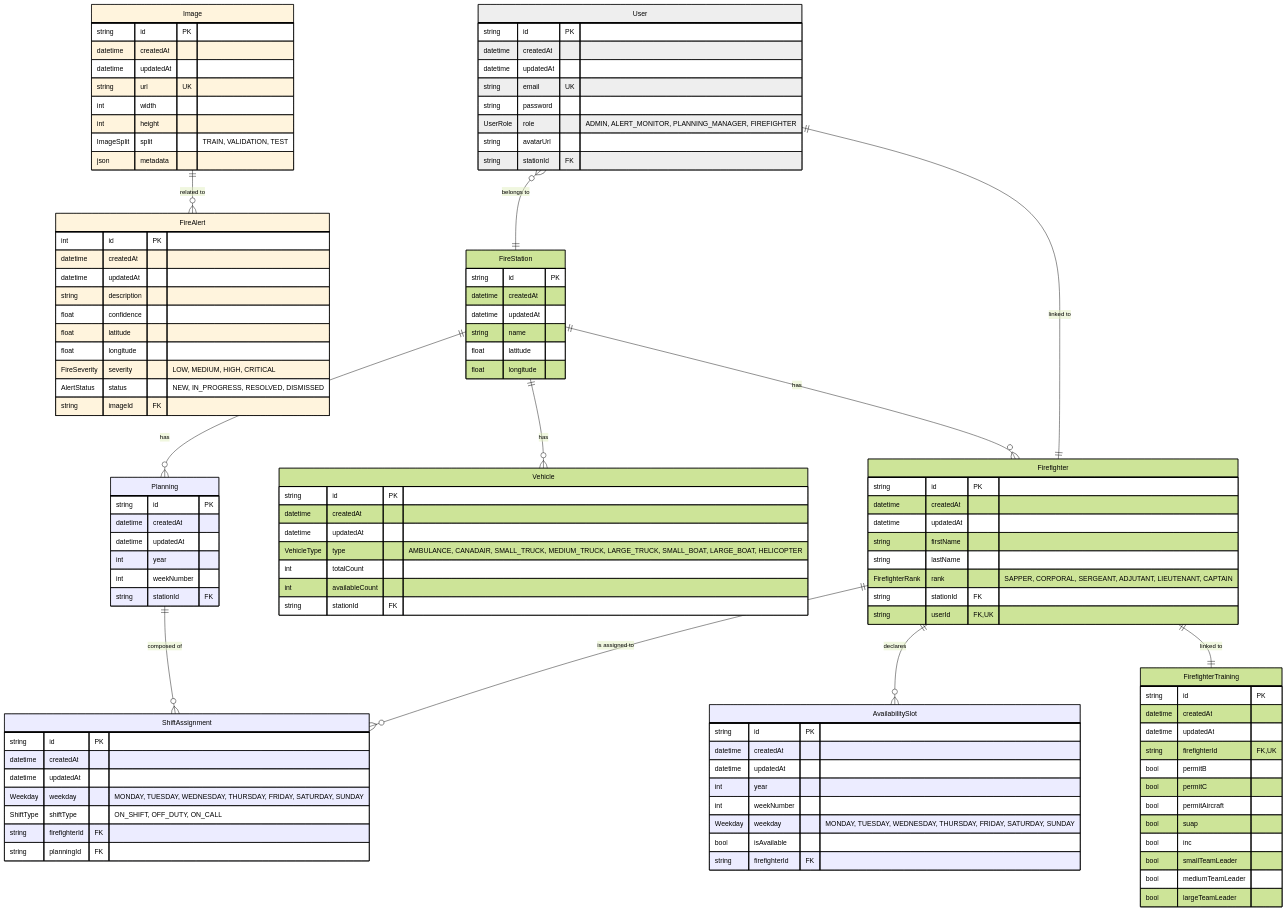
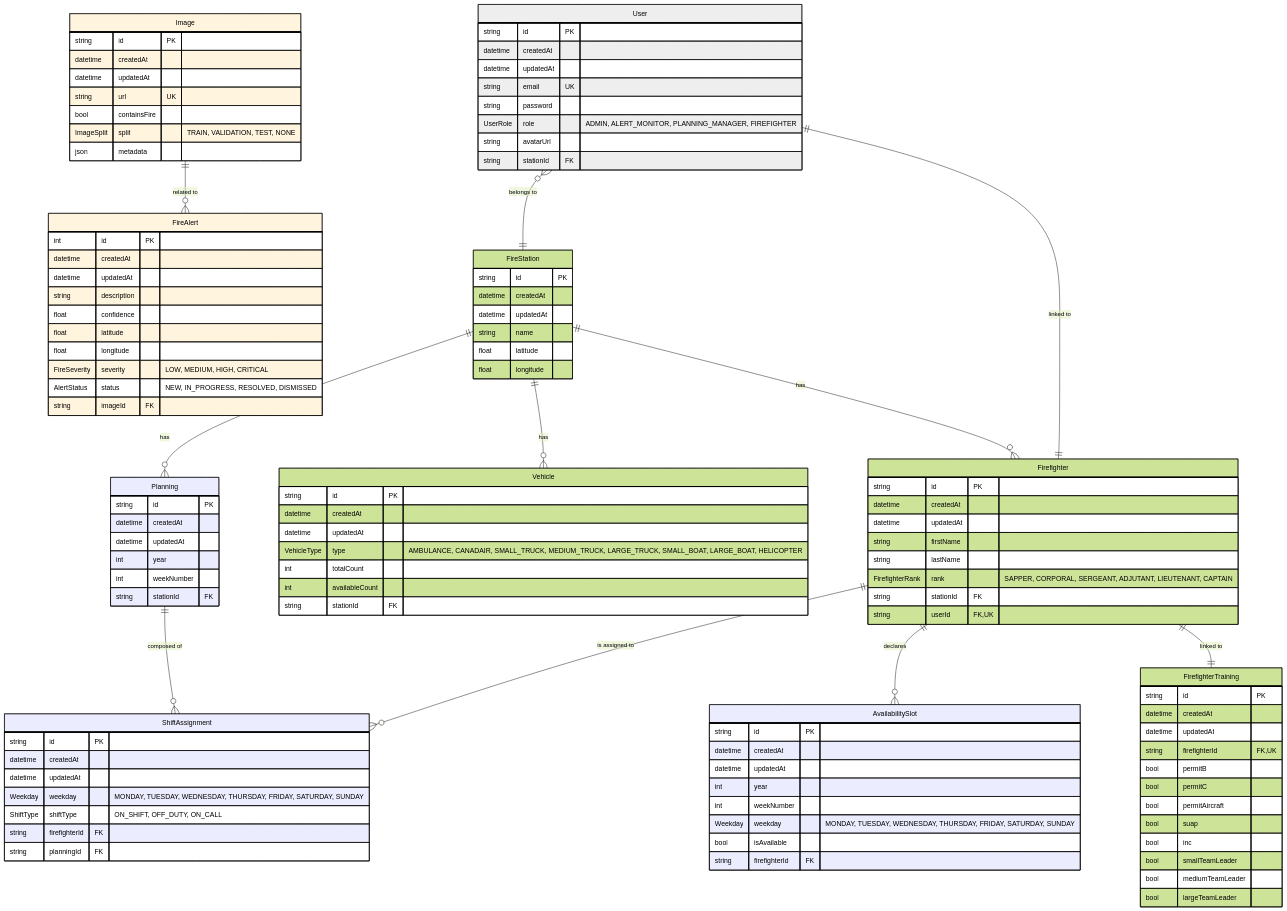
Before and after one commit to insa-resq/firepulse-databases: the diagram in src/diagrams/db.mmd, drawn with Mermaid (forest theme). The commit also changed 4 other files, not shown here.

Commit message:
feat: update image schema

```diff
--- a/src/diagrams/db.mmd
+++ b/src/diagrams/db.mmd
@@ -1,115 +1,114 @@
 erDiagram
   User:::accounts {
     string id PK
     datetime createdAt
     datetime updatedAt
     string email UK
     string password
     UserRole role "ADMIN, ALERT_MONITOR, PLANNING_MANAGER, FIREFIGHTER"
     string avatarUrl
     string stationId FK
   }
   FireAlert:::detection {
     int id PK
     datetime createdAt
     datetime updatedAt
     string description
     float confidence
     float latitude
     float longitude
     FireSeverity severity "LOW, MEDIUM, HIGH, CRITICAL"
     AlertStatus status "NEW, IN_PROGRESS, RESOLVED, DISMISSED"
     string imageId FK
   }
   Image:::detection {
     string id PK
     datetime createdAt
     datetime updatedAt
     string url UK
-    int width
-    int height
-    ImageSplit split "TRAIN, VALIDATION, TEST"
+    bool containsFire
+    ImageSplit split "TRAIN, VALIDATION, TEST, NONE"
     json metadata
   }
   Planning:::planning {
     string id PK
     datetime createdAt
     datetime updatedAt
     int year
     int weekNumber
     string stationId FK
   }
   ShiftAssignment:::planning {
     string id PK
     datetime createdAt
     datetime updatedAt
     Weekday weekday "MONDAY, TUESDAY, WEDNESDAY, THURSDAY, FRIDAY, SATURDAY, SUNDAY"
     ShiftType shiftType "ON_SHIFT, OFF_DUTY, ON_CALL"
     string firefighterId FK
     string planningId FK
   }
   AvailabilitySlot:::planning {
     string id PK
     datetime createdAt
     datetime updatedAt
     int year
     int weekNumber
     Weekday weekday "MONDAY, TUESDAY, WEDNESDAY, THURSDAY, FRIDAY, SATURDAY, SUNDAY"
     bool isAvailable
     string firefighterId FK
   }
   FireStation:::registry {
     string id PK
     datetime createdAt
     datetime updatedAt
     string name
     float latitude
     float longitude
   }
   Vehicle:::registry {
     string id PK
     datetime createdAt
     datetime updatedAt
     VehicleType type "AMBULANCE, CANADAIR, SMALL_TRUCK, MEDIUM_TRUCK, LARGE_TRUCK, SMALL_BOAT, LARGE_BOAT, HELICOPTER"
     int totalCount
     int availableCount
     string stationId FK
   }
   Firefighter:::registry {
     string id PK
     datetime createdAt
     datetime updatedAt
     string firstName
     string lastName
     FirefighterRank rank "SAPPER, CORPORAL, SERGEANT, ADJUTANT, LIEUTENANT, CAPTAIN"
     string stationId FK
     string userId FK,UK
   }
   FirefighterTraining:::registry {
     string id PK
     datetime createdAt
     datetime updatedAt
     string firefighterId FK,UK
     bool permitB
     bool permitC
     bool permitAircraft
     bool suap
     bool inc
     bool smallTeamLeader
     bool mediumTeamLeader
     bool largeTeamLeader
   }
   Image ||--o{ FireAlert : "related to"
   User ||--|| Firefighter : "linked to"
   User }o--|| FireStation : "belongs to"
   FireStation ||--o{ Planning : "has"
   FireStation ||--o{ Vehicle : "has"
   FireStation ||--o{ Firefighter : "has"
   Firefighter ||--o{ AvailabilitySlot : "declares"
   Firefighter ||--o{ ShiftAssignment : "is assigned to"
   Firefighter ||--|| FirefighterTraining : "linked to"
   Planning ||--o{ ShiftAssignment : "composed of"
   classDef detection fill:#fff4dd,stroke:#000
   classDef accounts fill:#eeeeee,stroke:#000
   classDef registry fill:#cde498,stroke:#000
   classDef planning fill:#ececff,stroke:#000
```
